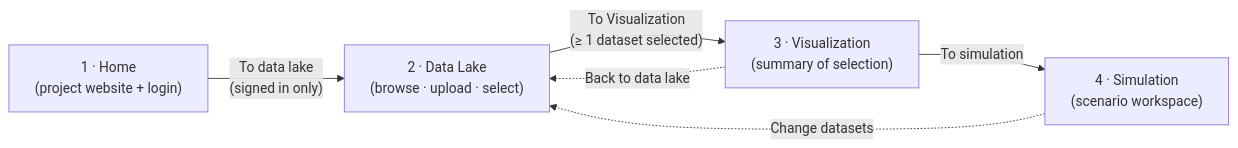
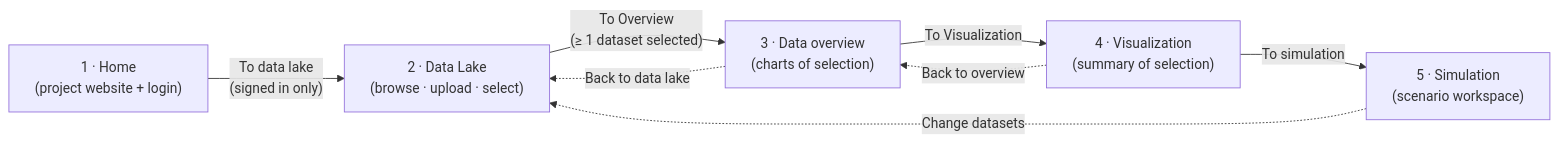
Before and after one commit to InGenious-2026-VK/VK-simulator: the diagram in documentation/foodchainiq-application-windows.md, drawn with Mermaid. The commit also changed other lines of this file and 39 other files, not shown here.

First line of the commit message:
Add data overview window between Data Lake and Visualization

````diff
--- a/documentation/foodchainiq-application-windows.md
+++ b/documentation/foodchainiq-application-windows.md
@@ -19,13 +19,16 @@
 ```mermaid
 flowchart LR
     H["1 · Home<br/>(project website + login)"]
     D["2 · Data Lake<br/>(browse · upload · select)"]
-    V["3 · Visualization<br/>(summary of selection)"]
-    S["4 · Simulation<br/>(scenario workspace)"]
+    O["3 · Data overview<br/>(charts of selection)"]
+    V["4 · Visualization<br/>(summary of selection)"]
+    S["5 · Simulation<br/>(scenario workspace)"]
 
     H -- "To data lake<br/>(signed in only)" --> D
-    D -- "To Visualization<br/>(≥ 1 dataset selected)" --> V
+    D -- "To Overview<br/>(≥ 1 dataset selected)" --> O
+    O -- "To Visualization" --> V
     V -- "To simulation" --> S
-    V -. "Back to data lake" .-> D
+    O -. "Back to data lake" .-> D
+    V -. "Back to overview" .-> O
     S -. "Change datasets" .-> D
 ```
````
